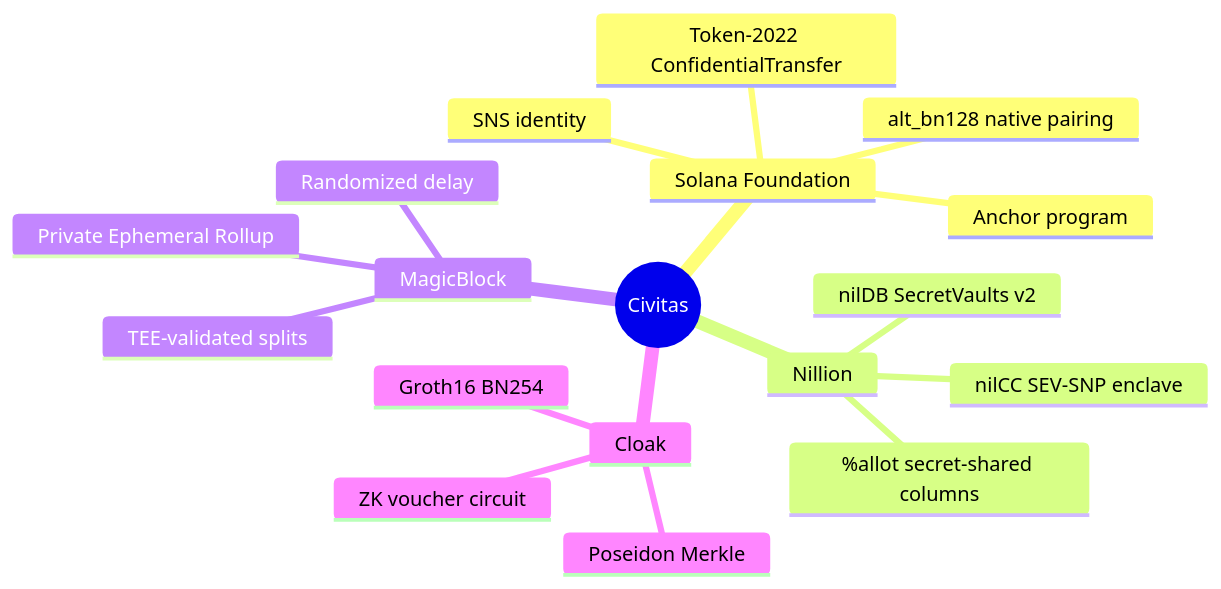
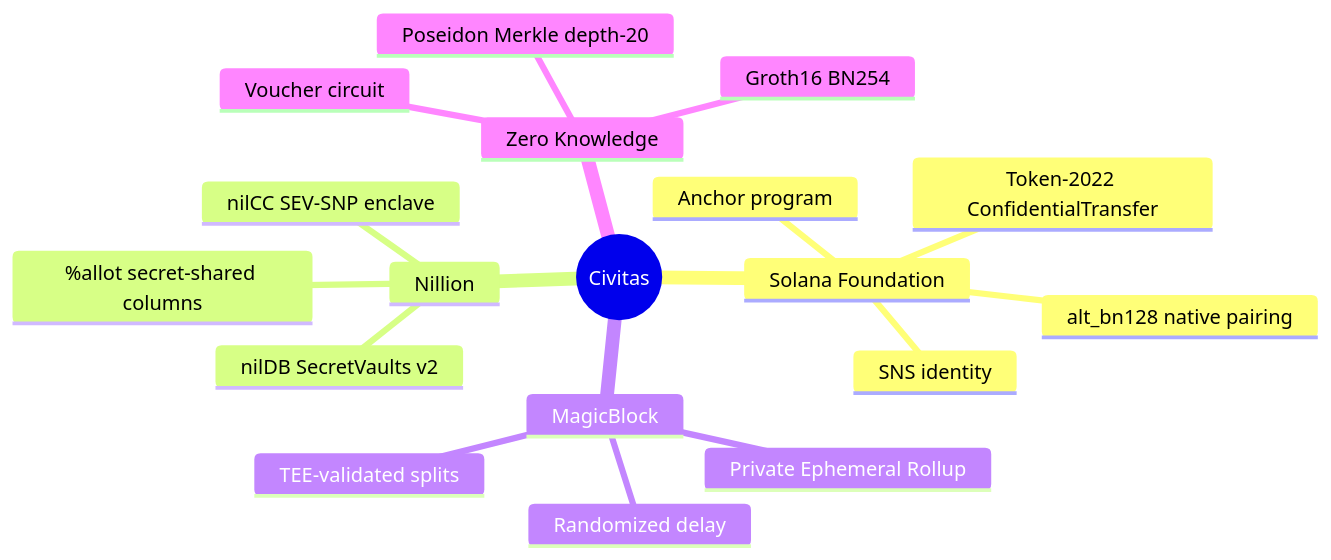
One commit to MeetCivitas/Civitas-SOL changed the fifth of 5 diagrams in README.md. Above: the diagram before and after it, drawn with Mermaid. The commit also changed other lines of this file, not shown here.

Commit message:
docs: fix mermaid parse error and replace Cloak branch

````diff
--- a/README.md
+++ b/README.md
@@ -331,21 +331,21 @@
 ```mermaid
 mindmap
   root((Civitas))
     Solana Foundation
       Token-2022 ConfidentialTransfer
       alt_bn128 native pairing
       Anchor program
       SNS identity
     Nillion
       nilDB SecretVaults v2
       nilCC SEV-SNP enclave
       %allot secret-shared columns
     MagicBlock
       Private Ephemeral Rollup
       TEE-validated splits
       Randomized delay
-    Cloak
-      ZK voucher circuit
+    Zero Knowledge
+      Voucher circuit
       Groth16 BN254
-      Poseidon Merkle
+      Poseidon Merkle depth-20
 ```
````
